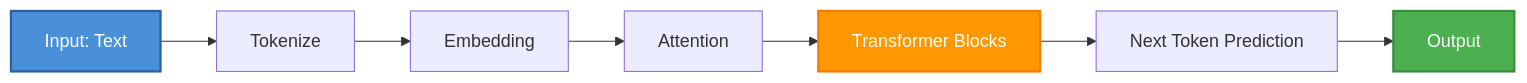
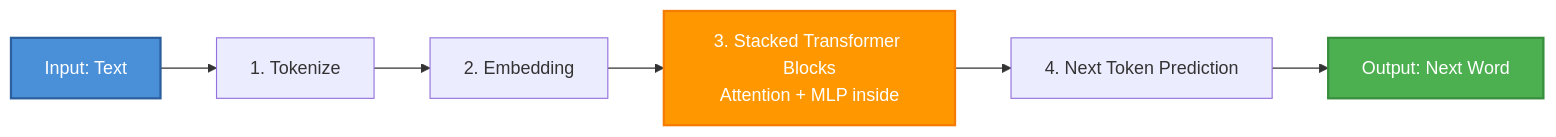
One commit to Parv17k/llm-fine-tuning-guide changed diagram 12 of 12 in content/00-neural-networks-basics/00-neural-networks-basics.md. Above: the diagram before and after it, drawn with Mermaid. The commit also changed other lines of this file and 3 other files, not shown here.

````diff
--- a/content/00-neural-networks-basics/00-neural-networks-basics.md
+++ b/content/00-neural-networks-basics/00-neural-networks-basics.md
@@ -222,8 +403,13 @@
 ```mermaid
 flowchart LR
-    Input[Input: Text] --> Tokenize[Tokenize] --> Embed[Embedding] --> Attn[Attention] --> Transformer[Transformer Blocks] --> Predict[Next Token Prediction] --> Output[Output]
-    
+    Input[Input: Text] --> Tokenize[1. Tokenize]
+    Tokenize --> Embed[2. Embedding]
+    Embed --> Transformer[3. Stacked Transformer Blocks\nAttention + MLP inside]
+    Transformer --> Predict[4. Next Token Prediction]
+    Predict --> Output[Output: Next Word]
+
     style Input fill:#4a90d9,stroke:#2c5f9d,color:#ffffff,stroke-width:2px
     style Transformer fill:#ff9800,stroke:#f57c00,color:#ffffff,stroke-width:2px
     style Output fill:#4caf50,stroke:#388e3c,color:#ffffff,stroke-width:2px
+
 ```
````
